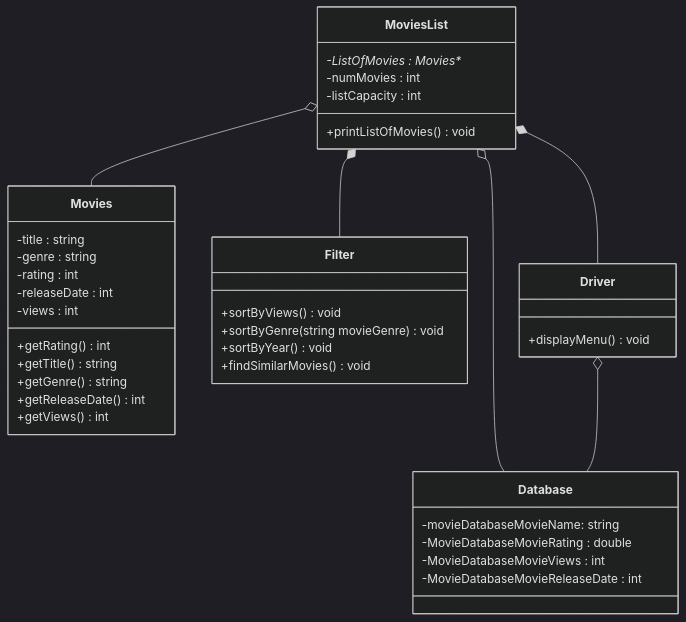
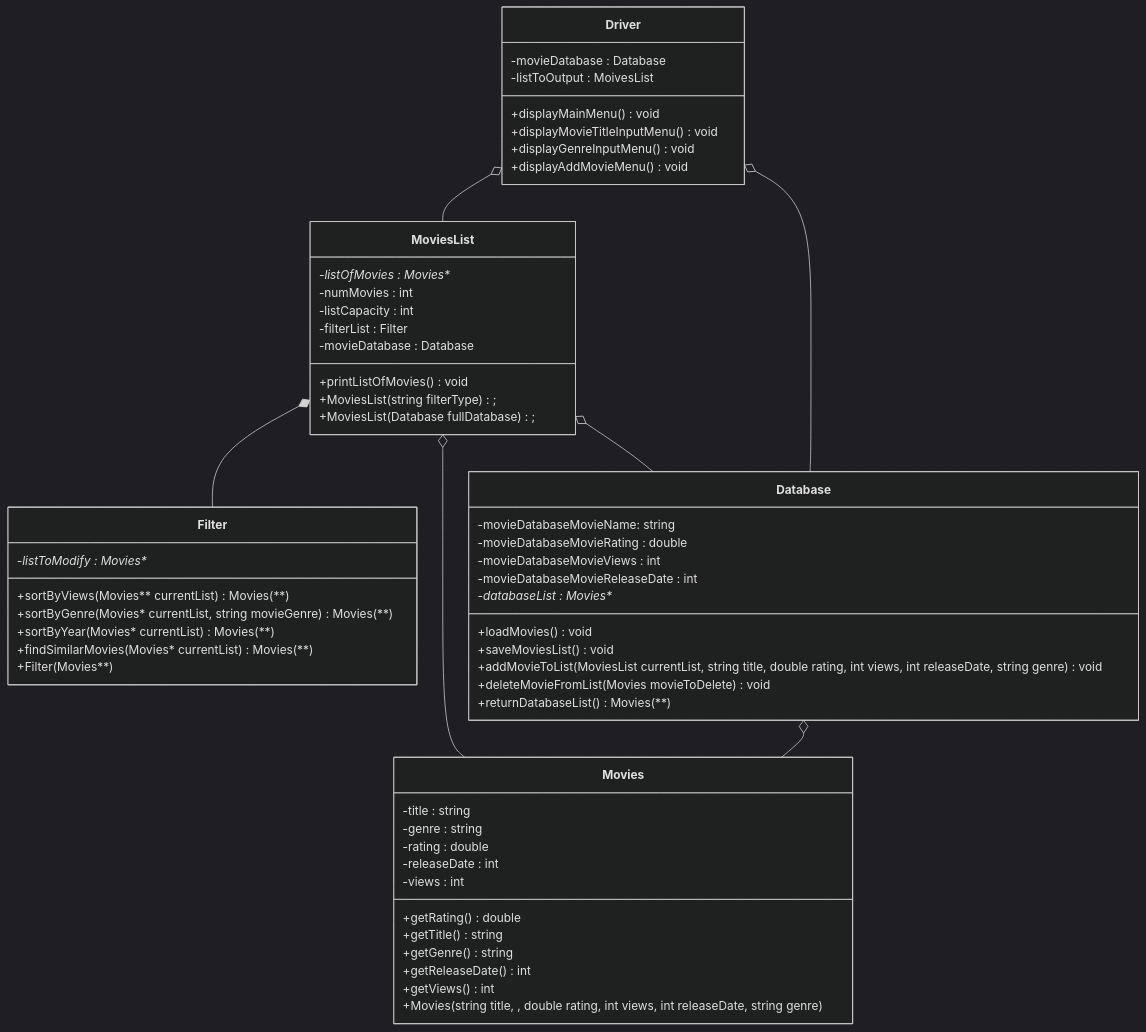
The diagram in README.md (ssant096/Movie-Recommeder), drawn with Mermaid (dark theme) before and after one commit. The commit also changed other lines of this file, not shown here.

Commit message:
Updated UML diagram and description

````diff
--- a/README.md
+++ b/README.md
@@ -19,43 +19,62 @@
 ```mermaid
  classDiagram
  MoviesList o-- Movies
  MoviesList *-- Filter
- MoviesList *-- Driver
+ Driver o-- MoviesList
  MoviesList o-- Database
  Driver o-- Database
+ Database o-- Movies
  
  class Driver{
-   +displayMenu() void
+   -movieDatabase : Database
+   -listToOutput : MoivesList
+   +displayMainMenu() void
+   +displayMovieTitleInputMenu() void
+   +displayGenreInputMenu() void
+   +displayAddMovieMenu() void
  }
  class Database{
    -movieDatabaseMovieName: string
-   -MovieDatabaseMovieRating : double
-   -MovieDatabaseMovieViews : int
-   -MovieDatabaseMovieReleaseDate : int
+   -movieDatabaseMovieRating : double
+   -movieDatabaseMovieViews : int
+   -movieDatabaseMovieReleaseDate : int
+   -databaseList : Movies**
+   +loadMovies() void
+   +saveMoviesList() void
+   +addMovieToList(MoviesList currentList, string title, double rating, int views, int releaseDate, string genre) void
+   +deleteMovieFromList(Movies movieToDelete) void
+   +returnDatabaseList() : Movies(**)
  }
  class Movies{
    -title : string
    -genre : string
-   -rating : int
+   -rating : double
    -releaseDate : int
    -views : int
-   +getRating() int
+   +getRating() double
    +getTitle() string
    +getGenre() string
    +getReleaseDate() int
    +getViews() int
+   +Movies(string title, , double rating, int views, int releaseDate, string genre) 
  }
  class MoviesList{
-   -ListOfMovies : Movies**
+   -listOfMovies : Movies**
    -numMovies : int
    -listCapacity : int
+   -filterList : Filter
+   -movieDatabase : Database
    +printListOfMovies() void
+   +MoviesList(string filterType);
+   +MoviesList(Database fullDatabase);
  }
  class Filter{
-   +sortByViews() void
-   +sortByGenre(string movieGenre) void
-   +sortByYear() void
-   +findSimilarMovies() void
+   -listToModify : Movies**
+   +sortByViews(Movies** currentList) : Movies(**)
+   +sortByGenre(Movies* currentList, string movieGenre) : Movies(**)
+   +sortByYear(Movies* currentList) : Movies(**)
+   +findSimilarMovies(Movies* currentList) : Movies(**)
+   +Filter(Movies**)
  }
  
  ```
````
